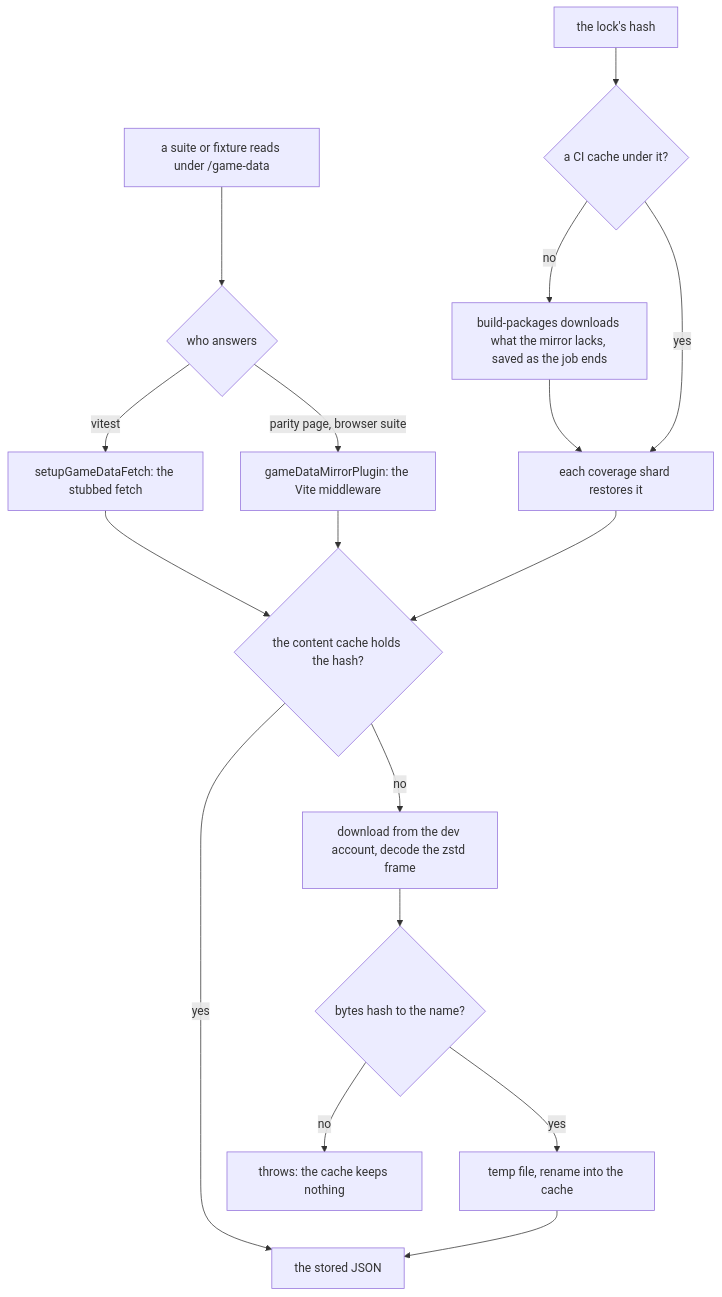
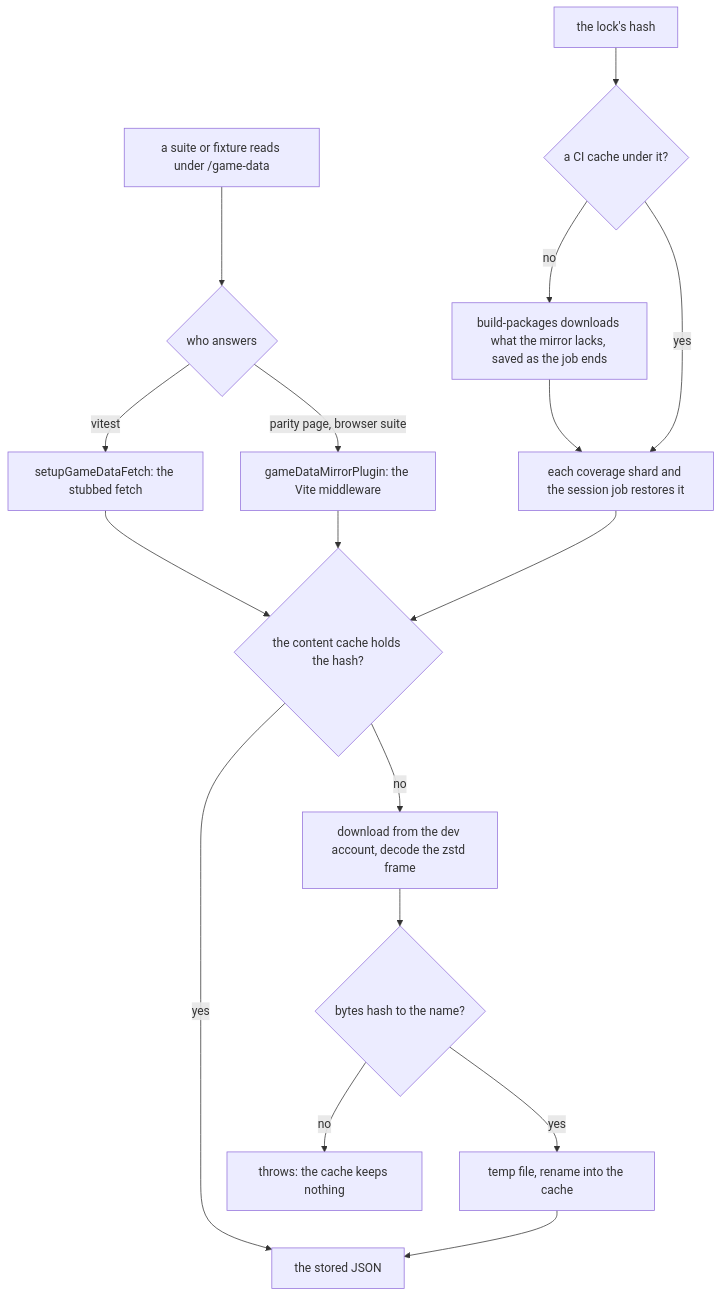
Before and after one commit to Esposter/Esposter: the fifth of 5 diagrams in openspec/specs/genshin/hosted-game-data/design.md, drawn with Mermaid. The commit also changed other lines of this file and 5 other files, not shown here.

First line of the commit message:
ci: a job runs the Genshin session's browser test

````diff
--- a/openspec/specs/genshin/hosted-game-data/design.md
+++ b/openspec/specs/genshin/hosted-game-data/design.md
@@ -190,19 +190,19 @@
 ```mermaid
 flowchart TD
   Suite["a suite or fixture reads under /game-data"] --> Route{"who answers"}
   Route -->|vitest| Fetch["setupGameDataFetch: the stubbed fetch"]
   Route -->|"parity page, browser suite"| Middleware["gameDataMirrorPlugin: the Vite middleware"]
   Fetch --> Mirror{"the content cache holds the hash?"}
   Middleware --> Mirror
   Mirror -->|yes| Serve["the stored JSON"]
   Mirror -->|no| Download["download from the dev account, decode the zstd frame"]
   Download --> Hash{"bytes hash to the name?"}
   Hash -->|no| Refuse["throws: the cache keeps nothing"]
   Hash -->|yes| Store["temp file, rename into the cache"]
   Store --> Serve
   Lock["the lock's hash"] --> Cached{"a CI cache under it?"}
   Cached -->|no| Fill["build-packages downloads what the mirror lacks, saved as the job ends"]
-  Cached -->|yes| Restore["each coverage shard restores it"]
+  Cached -->|yes| Restore["each coverage shard and the session job restores it"]
   Fill --> Restore
   Restore --> Mirror
 ```
````
